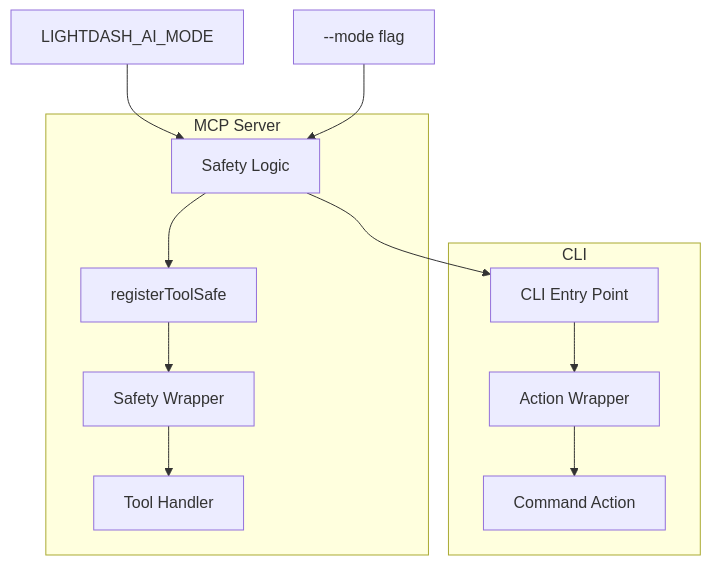
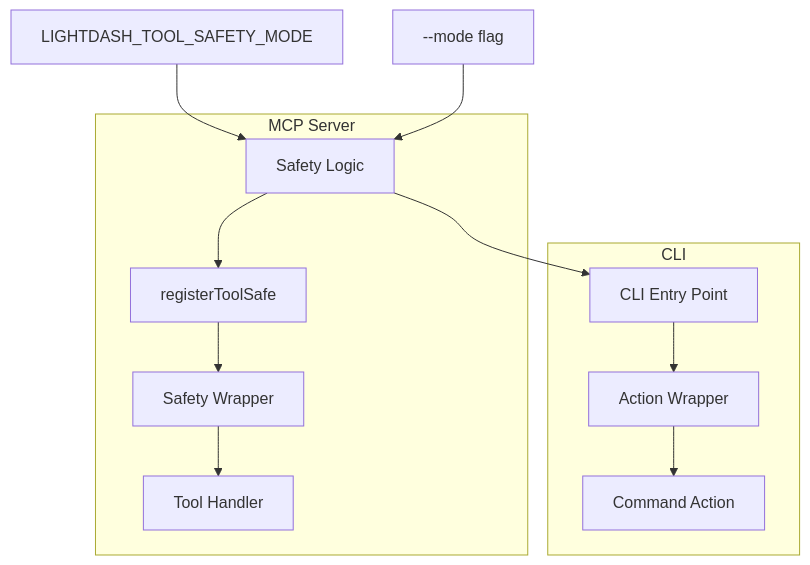
One commit to yu-iskw/lightdash-tools changed the diagram in docs/adr/0029-hierarchical-safety-modes-for-mcp-and-cli.md. Above: the diagram before and after it, drawn with Mermaid. The commit also changed other lines of this file and 17 other files, not shown here.

Commit message:
Release version 0.2.2 with updated safety mode variable name

````diff
--- a/docs/adr/0029-hierarchical-safety-modes-for-mcp-and-cli.md
+++ b/docs/adr/0029-hierarchical-safety-modes-for-mcp-and-cli.md
@@ -45,17 +45,17 @@
 ```mermaid
 graph TD
-    Env[LIGHTDASH_AI_MODE] --> Core[Safety Logic]
+    Env[LIGHTDASH_TOOL_SAFETY_MODE] --> Core[Safety Logic]
     Flag[--mode flag] --> Core
 
     subgraph mcp_server [MCP Server]
         Core --> MCP_Reg[registerToolSafe]
         MCP_Reg --> MCP_Wrapper[Safety Wrapper]
         MCP_Wrapper --> ToolHandler[Tool Handler]
     end
 
     subgraph cli [CLI]
         Core --> CLI_Entry[CLI Entry Point]
         CLI_Entry --> CLI_Wrapper[Action Wrapper]
         CLI_Wrapper --> CommandAction[Command Action]
     end
 ```
````
